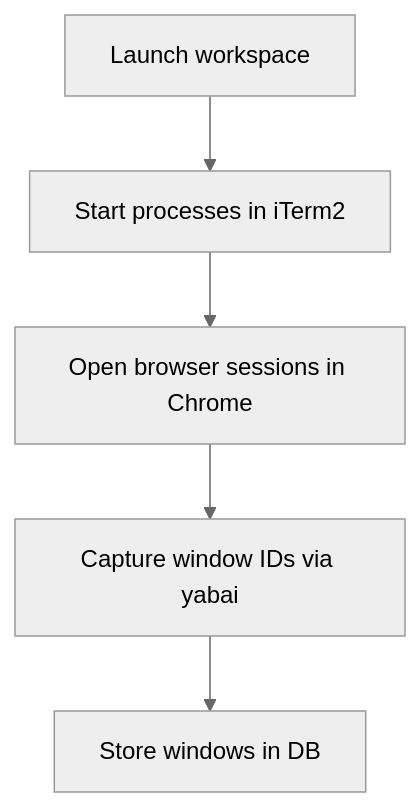
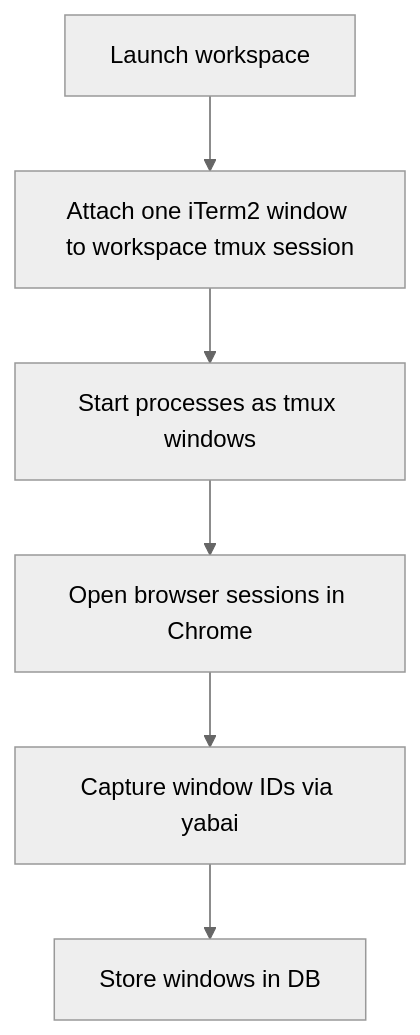
Before and after one commit to yogesh-dhande/spaces: the fourth of 5 diagrams in apps/macos/docs/architecture.md, drawn with Mermaid (neutral theme). The commit also changed other lines of this file and 21 other files, not shown here.

Commit message:
Adopt tmux-backed workspace terminals

````diff
--- a/apps/macos/docs/architecture.md
+++ b/apps/macos/docs/architecture.md
@@ -389,7 +395,8 @@
 ```mermaid
 flowchart TD
-  launch["Launch workspace"] --> processes["Start processes in iTerm2"]
+  launch["Launch workspace"] --> attach["Attach one iTerm2 window to workspace tmux session"]
+  attach --> processes["Start processes as tmux windows"]
   processes --> browser["Open browser sessions in Chrome"]
   browser --> capture["Capture window IDs via yabai"]
   capture --> store["Store windows in DB"]
 ```
````
